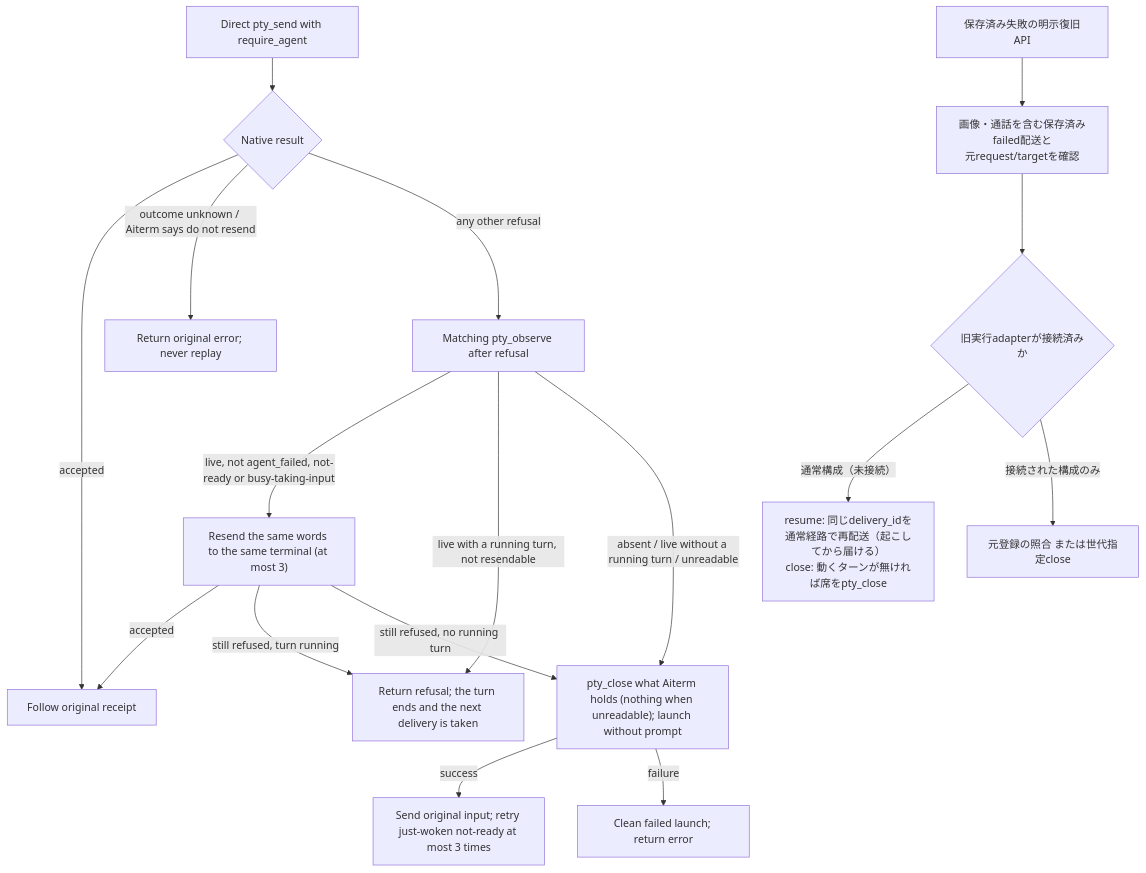
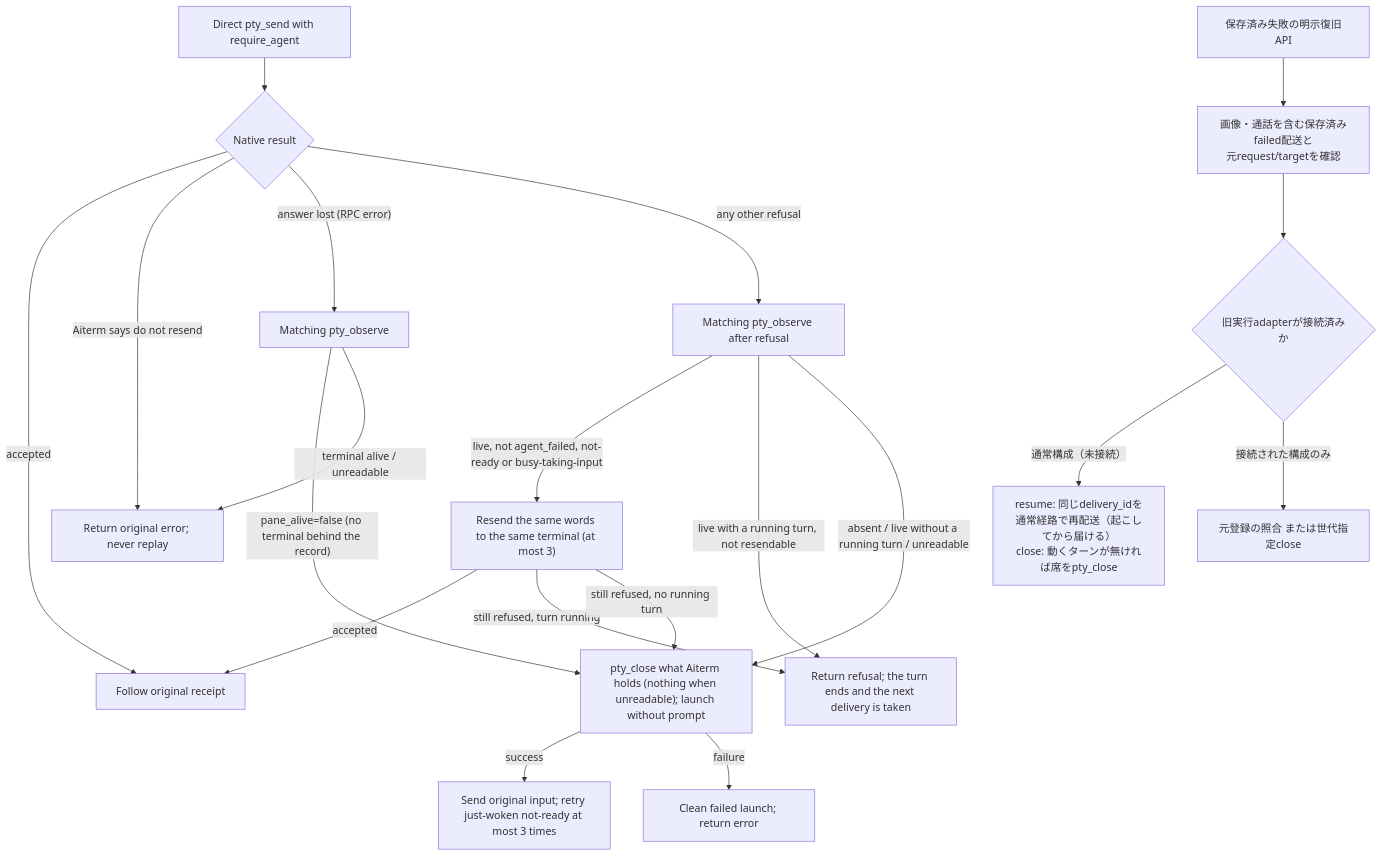
The second of 2 diagrams in docs/architecture/delivery-details.md (kitepon/BellTeam), drawn with Mermaid before and after one commit. The commit also changed other lines of this file and 10 other files, not shown here.

First line of the commit message:
a46: wake a seat with no terminal when the send's answer is lost; read tools/list without output validators

````diff
--- a/docs/architecture/delivery-details.md
+++ b/docs/architecture/delivery-details.md
@@ -49,19 +49,22 @@
 ```mermaid
 flowchart TD
   Send["Direct pty_send with require_agent"] --> Reply{"Native result"}
   Reply -->|accepted| Accepted["Follow original receipt"]
-  Reply -->|"outcome unknown / Aiterm says do not resend"| Fail["Return original error; never replay"]
+  Reply -->|"Aiterm says do not resend"| Fail["Return original error; never replay"]
+  Reply -->|"answer lost (RPC error)"| Lost["Matching pty_observe"]
+  Lost -->|"pane_alive=false (no terminal behind the record)"| Launch
+  Lost -->|"terminal alive / unreadable"| Fail
   Reply -->|"any other refusal"| Observe["Matching pty_observe after refusal"]
   Observe -->|"live, not agent_failed, not-ready or busy-taking-input"| Again["Resend the same words to the same terminal (at most 3)"]
   Again -->|accepted| Accepted
   Again -->|"still refused, turn running"| Keep["Return refusal; the turn ends and the next delivery is taken"]
   Again -->|"still refused, no running turn"| Launch
   Observe -->|"live with a running turn, not resendable"| Keep
   Observe -->|"absent / live without a running turn / unreadable"| Launch["pty_close what Aiterm holds (nothing when unreadable); launch without prompt"]
   Launch -->|success| Once["Send original input; retry just-woken not-ready at most 3 times"]
   Launch -->|failure| Cleanup["Clean failed launch; return error"]
   Explicit["保存済み失敗の明示復旧API"] --> Eligible["画像・通話を含む保存済みfailed配送と<br/>元request/targetを確認"]
   Eligible --> Adapter{"旧実行adapterが接続済みか"}
   Adapter -->|"通常構成（未接続）"| Ordinary["resume: 同じdelivery_idを通常経路で再配送（起こしてから届ける）<br/>close: 動くターンが無ければ席をpty_close"]
   Adapter -->|"接続された構成のみ"| Reconcile["元登録の照合 または世代指定close"]
 ```
````
